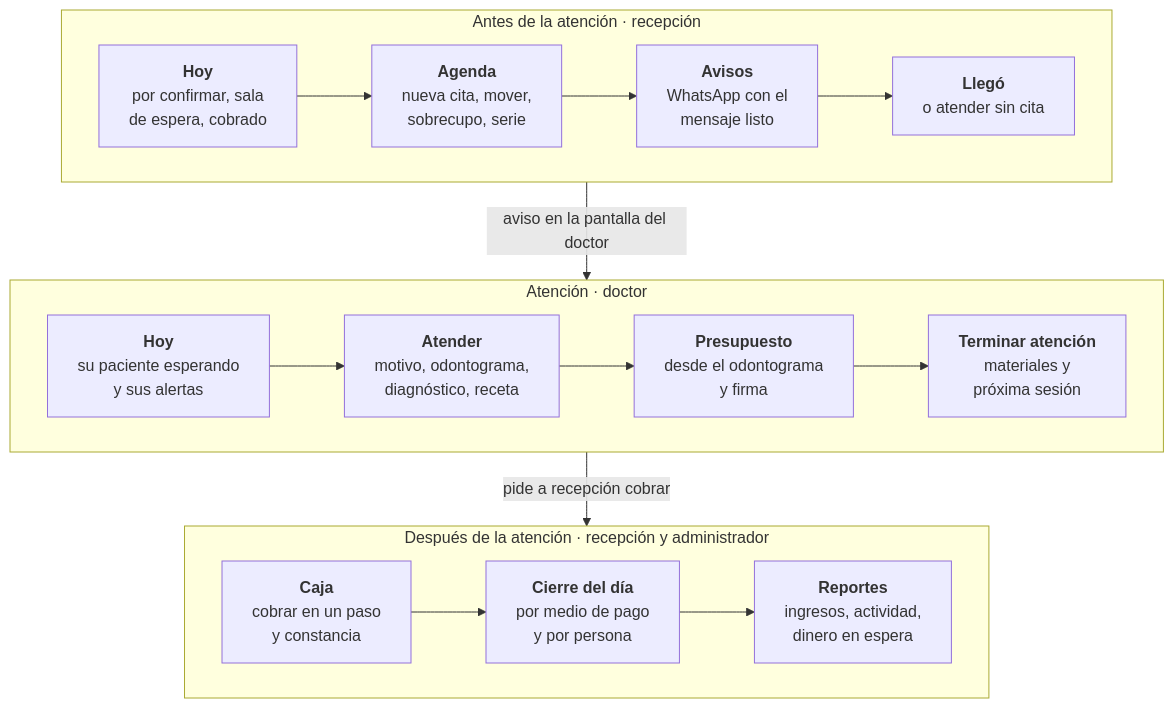
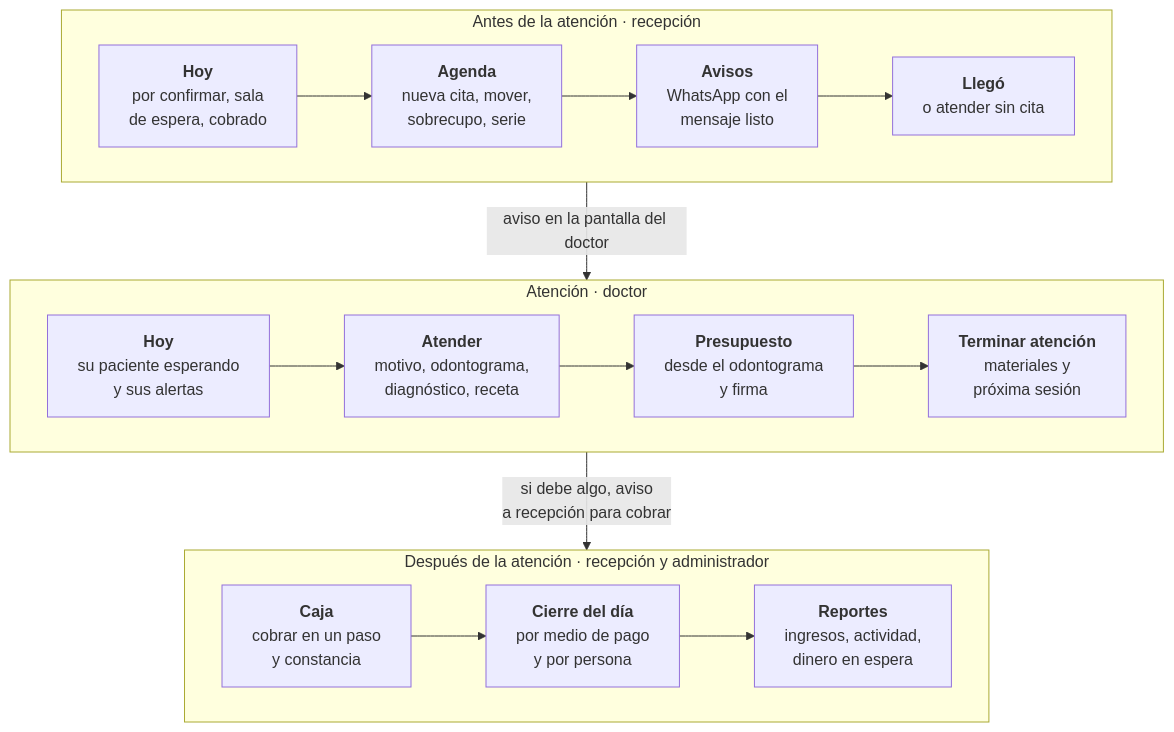
Before and after one commit to francalizaya266-sudo/venga-implantes: the diagram in docs/entregables/E1-requerimientos-y-diseno/diagramas/flujo-personal.mmd, drawn with Mermaid. The commit also changed 19 other files, not shown here.

```diff
--- a/docs/entregables/E1-requerimientos-y-diseno/diagramas/flujo-personal.mmd
+++ b/docs/entregables/E1-requerimientos-y-diseno/diagramas/flujo-personal.mmd
@@ -1,15 +1,15 @@
 flowchart TB
   subgraph s1["Antes&nbsp;de&nbsp;la&nbsp;atención&nbsp;·&nbsp;recepción"]
     direction LR
     h1["<b>Hoy</b><br/>por confirmar, sala<br/>de espera, cobrado"] --> ag["<b>Agenda</b><br/>nueva cita, mover,<br/>sobrecupo, serie"] --> av["<b>Avisos</b><br/>WhatsApp con el<br/>mensaje listo"] --> lle["<b>Llegó</b><br/>o atender sin cita"]
   end
   subgraph s2["Atención&nbsp;·&nbsp;doctor"]
     direction LR
     h2["<b>Hoy</b><br/>su paciente esperando<br/>y sus alertas"] --> at["<b>Atender</b><br/>motivo, odontograma,<br/>diagnóstico, receta"] --> pre["<b>Presupuesto</b><br/>desde el odontograma<br/>y firma"] --> ter["<b>Terminar atención</b><br/>materiales y<br/>próxima sesión"]
   end
   subgraph s3["Después&nbsp;de&nbsp;la&nbsp;atención&nbsp;·&nbsp;recepción&nbsp;y&nbsp;administrador"]
     direction LR
     cob["<b>Caja</b><br/>cobrar en un paso<br/>y constancia"] --> cie["<b>Cierre del día</b><br/>por medio de pago<br/>y por persona"] --> rep["<b>Reportes</b><br/>ingresos, actividad,<br/>dinero en espera"]
   end
   s1 -- "aviso en la pantalla del doctor" --> s2
-  s2 -- "pide a recepción cobrar" --> s3
+  s2 -- "si debe algo, aviso<br/>a recepción para cobrar" --> s3
```
